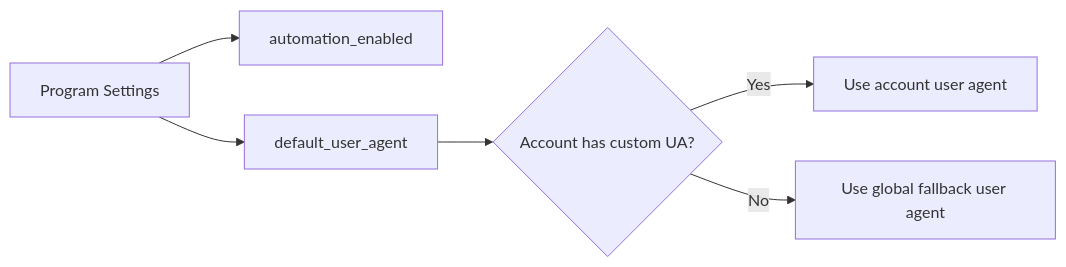
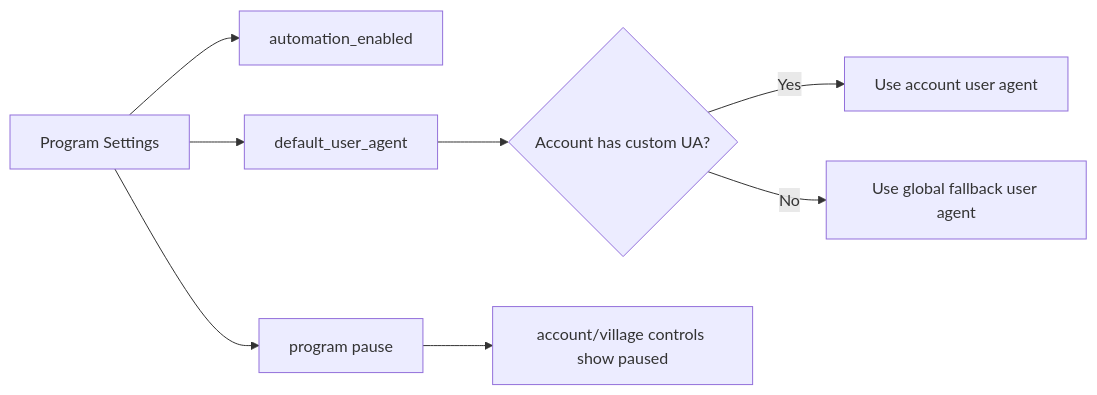
One commit to AhmedAshraf250/travian-automator changed the fourth of 5 diagrams in PROJECT-MAP.md. Above: the diagram before and after it, drawn with Mermaid. The commit also changed other lines of this file and 36 other files, not shown here.

````diff
--- a/PROJECT-MAP.md
+++ b/PROJECT-MAP.md
@@ -48,9 +57,11 @@
 ```mermaid
 flowchart LR
     Program[Program Settings]
     Program --> Automation[automation_enabled]
     Program --> DefaultUA[default_user_agent]
+    Program --> Pause[program pause]
     DefaultUA --> AccountUA{Account has custom UA?}
     AccountUA -->|Yes| Specific[Use account user agent]
     AccountUA -->|No| Fallback[Use global fallback user agent]
+    Pause --> AccountPause[account/village controls show paused]
 ```
````
